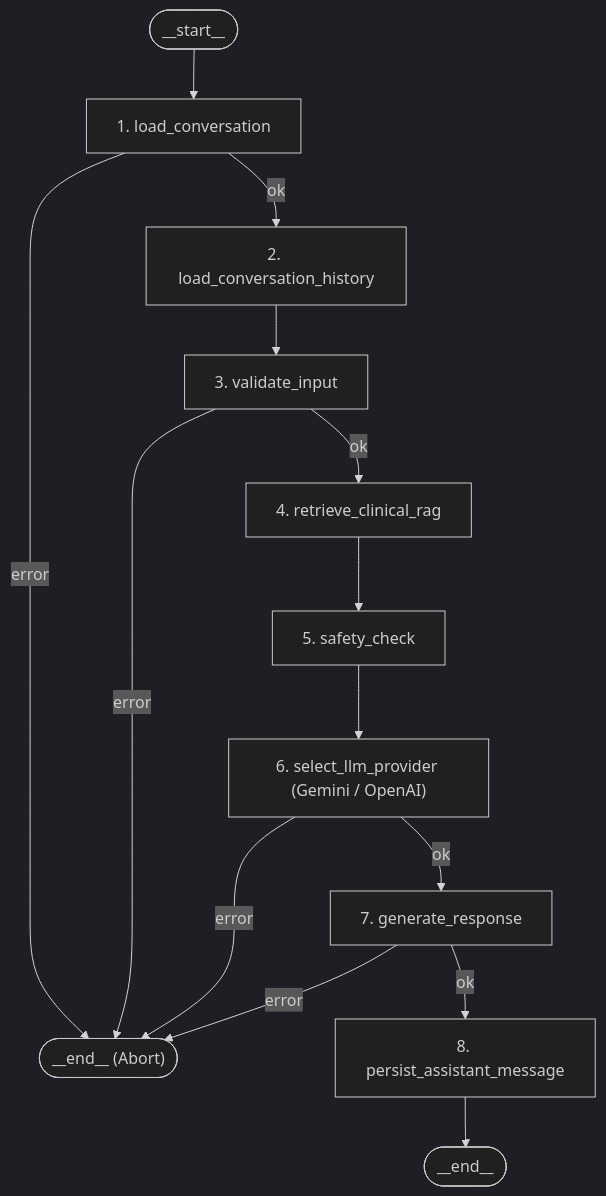
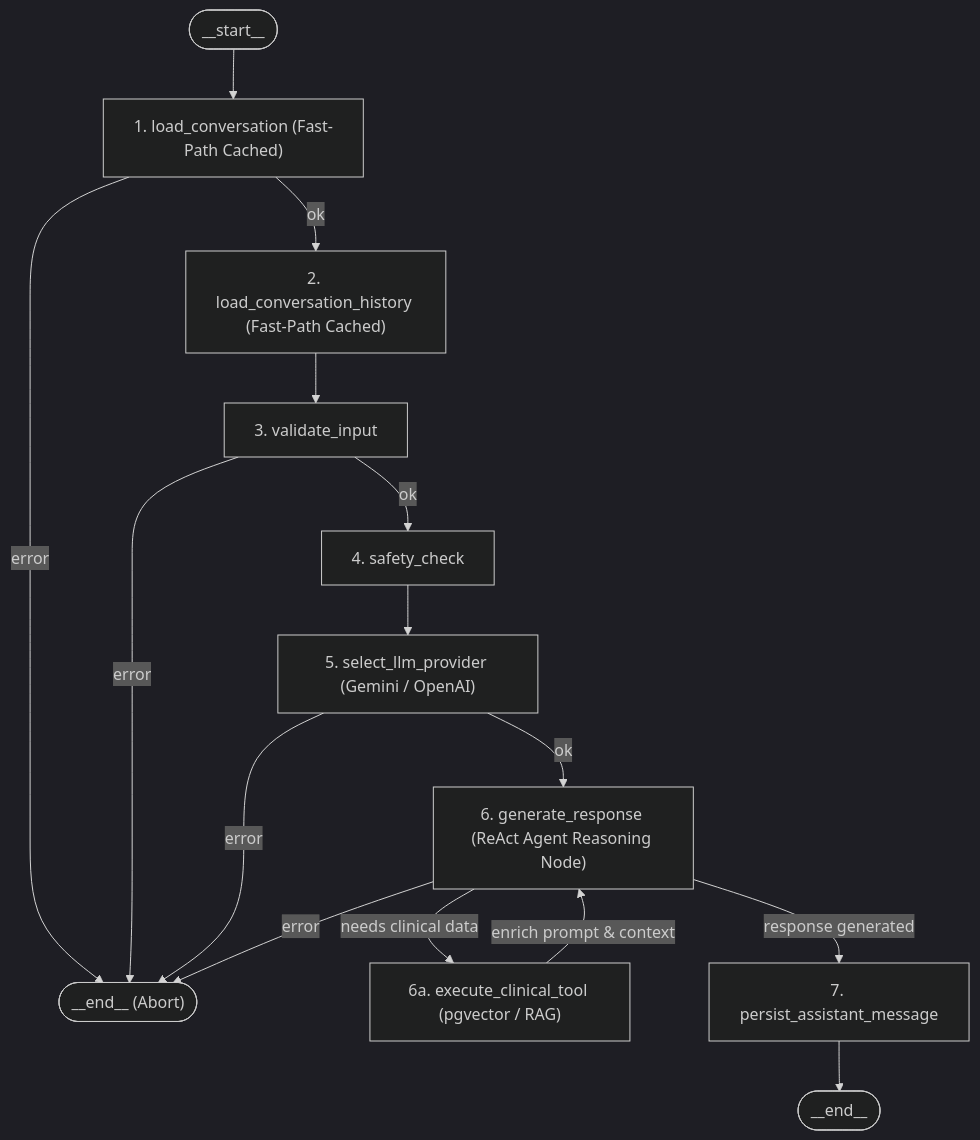
The first of 2 diagrams in docs/LLM_ARCHITECTURE.md (marwanviper/ElderCareChatBot), drawn with Mermaid (dark theme) before and after one commit. The commit also changed other lines of this file and 19 other files, not shown here.

Commit message:
feat: restructure LangGraph into reactive ReAct workflow with clinical tool node and checkpointer state caching

````diff
--- a/docs/LLM_ARCHITECTURE.md
+++ b/docs/LLM_ARCHITECTURE.md
@@ -20,16 +20,20 @@
 ```mermaid
 flowchart TD
-    START(["__start__"]) --> N1["1. load_conversation"]
-    N1 -->|ok| N2["2. load_conversation_history"]
+    START(["__start__"]) --> N1["1. load_conversation (Fast-Path Cached)"]
+    N1 -->|ok| N2["2. load_conversation_history (Fast-Path Cached)"]
     N1 -->|error| END_ERR(["__end__ (Abort)"])
     N2 --> N3["3. validate_input"]
-    N3 -->|ok| N4["4. retrieve_clinical_rag"]
+    N3 -->|ok| N4["4. safety_check"]
     N3 -->|error| END_ERR
-    N4 --> N5["5. safety_check"]
-    N5 --> N6["6. select_llm_provider (Gemini / OpenAI)"]
-    N6 -->|ok| N7["7. generate_response"]
+    N4 --> N5["5. select_llm_provider (Gemini / OpenAI)"]
+    N5 -->|ok| N6["6. generate_response (ReAct Agent Reasoning Node)"]
+    N5 -->|error| END_ERR
+    
+    %% ReAct Dynamic Tool Loop
+    N6 -->|needs clinical data| T1["6a. execute_clinical_tool (pgvector / RAG)"]
+    T1 -->|enrich prompt & context| N6
+    
+    N6 -->|response generated| N7["7. persist_assistant_message"]
     N6 -->|error| END_ERR
-    N7 -->|ok| N8["8. persist_assistant_message"]
-    N7 -->|error| END_ERR
-    N8 --> END_OK(["__end__"])
+    N7 --> END_OK(["__end__"])
 ```
````
